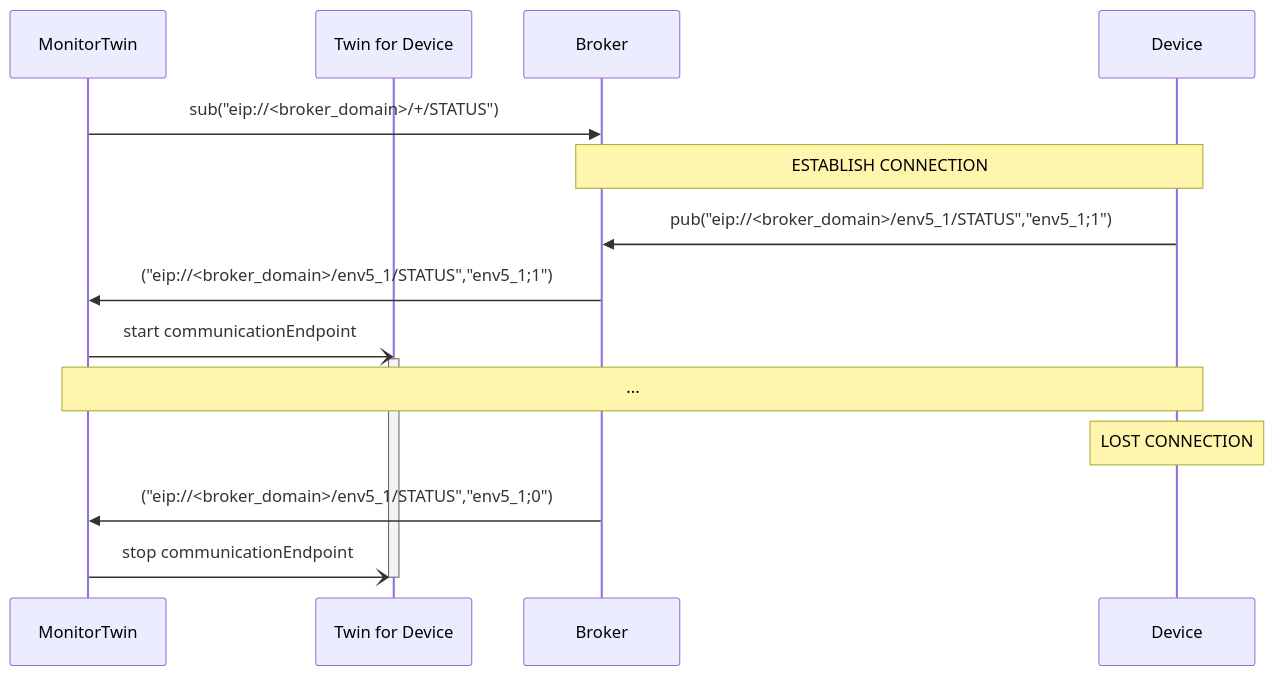
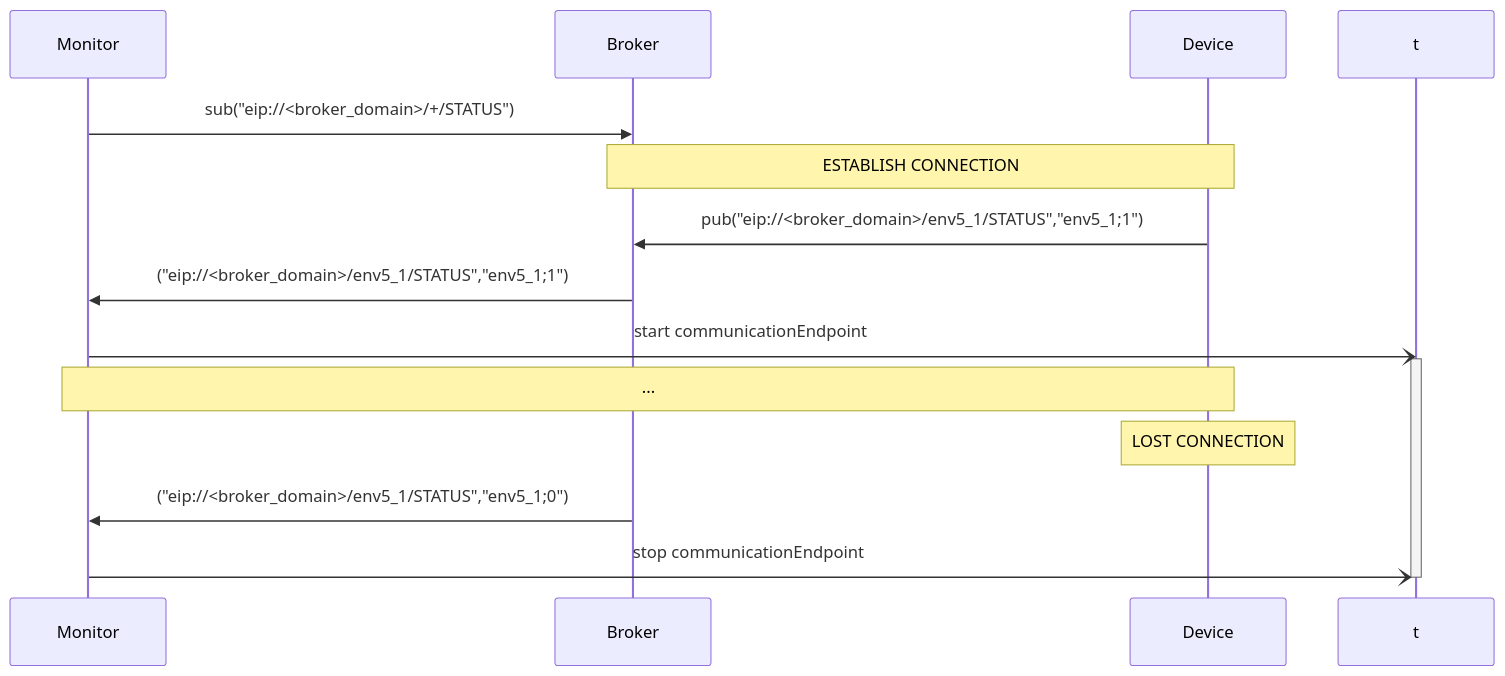
The first of 5 diagrams in documentation/EIP_PROTOCOL.md (es-ude/elastic-ai.runtime.cloud), drawn with Mermaid before and after one commit. The commit also changed other lines of this file and 57 other files, not shown here.

````diff
--- a/documentation/EIP_PROTOCOL.md
+++ b/documentation/EIP_PROTOCOL.md
@@ -53,19 +53,18 @@
 ```mermaid
 sequenceDiagram
-  participant m as MonitorTwin
-  participant t as Twin for Device
+  participant m as Monitor
   participant b as Broker
   participant d as Device
 
   m ->> b: sub("eip://<broker_domain>/+/STATUS")
   Note over b,d: ESTABLISH CONNECTION
   d ->> b: pub("eip://<broker_domain>/env5_1/STATUS","env5_1#59;1")
   b ->> m: ("eip://<broker_domain>/env5_1/STATUS","env5_1#59;1")
   m -) t: start communicationEndpoint
   activate t
   Note over m,d: ...
   Note over d: LOST CONNECTION
   b ->> m: ("eip://<broker_domain>/env5_1/STATUS","env5_1#59;0")
   m -) t: stop communicationEndpoint
   deactivate t
 ```
````
